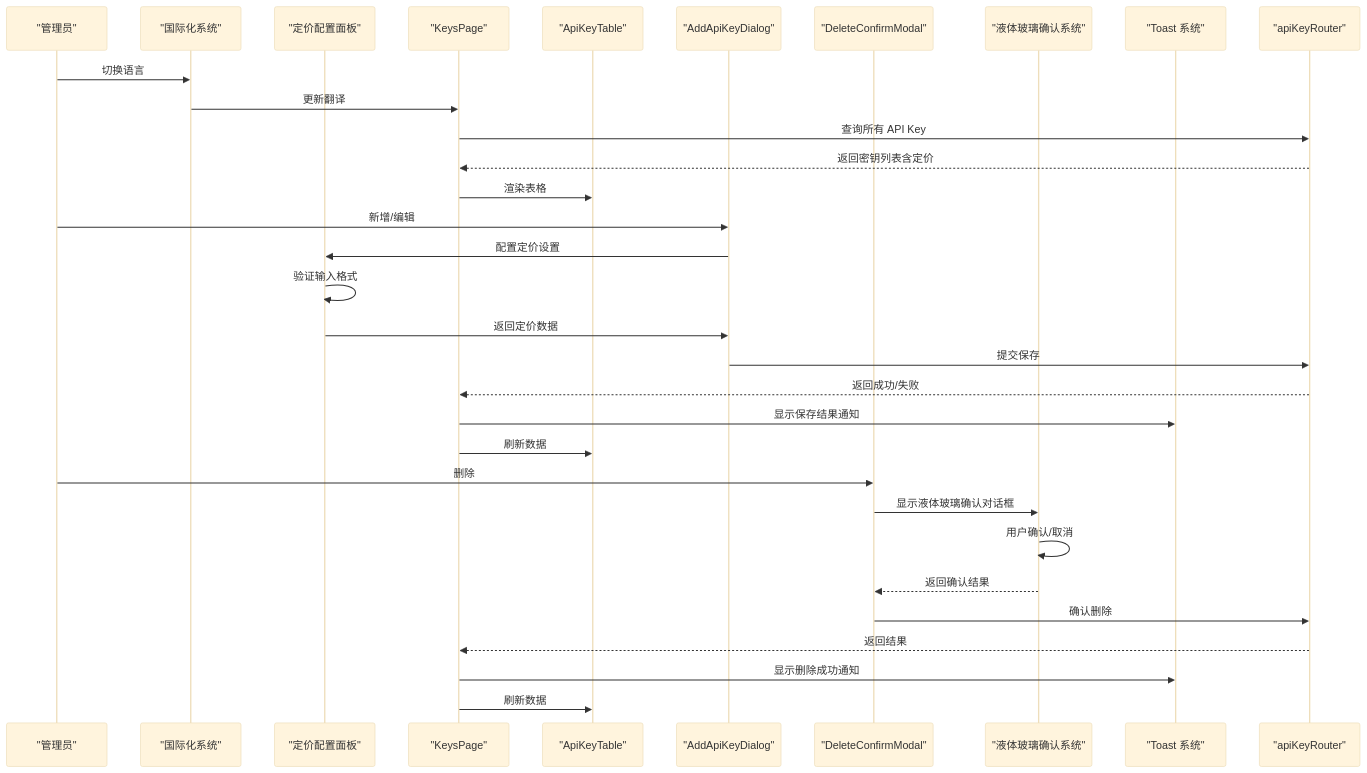
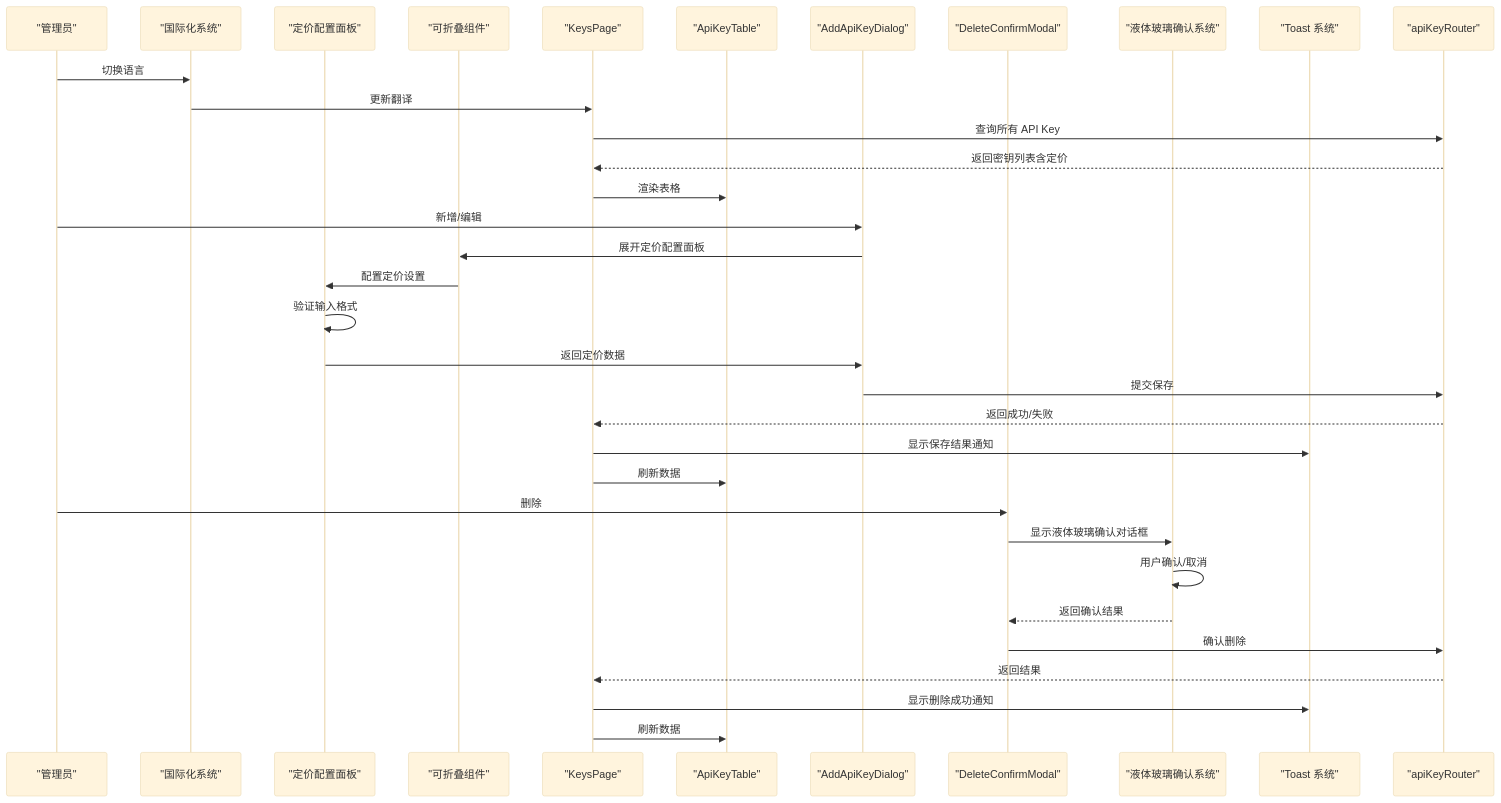
One commit to RadiumAg/AIGate changed the fourth of 10 diagrams in .qoder/repowiki/zh/content/核心功能/API Key 管理.md. Above: the diagram before and after it, drawn with Mermaid (base theme). The commit also changed other lines of this file and 8 other files, not shown here.

````diff
--- a/.qoder/repowiki/zh/content/核心功能/API Key 管理.md
+++ b/.qoder/repowiki/zh/content/核心功能/API Key 管理.md
@@ -246,34 +259,36 @@
 ```mermaid
 sequenceDiagram
 participant Admin as "管理员"
 participant I18n as "国际化系统"
 participant Pricing as "定价配置面板"
+participant Collapsible as "可折叠组件"
 participant Page as "KeysPage"
 participant Table as "ApiKeyTable"
 participant Dialog as "AddApiKeyDialog"
 participant Modal as "DeleteConfirmModal"
 participant Confirm as "液体玻璃确认系统"
 participant Toast as "Toast 系统"
 participant API as "apiKeyRouter"
 Admin->>I18n : 切换语言
 I18n->>Page : 更新翻译
 Page->>API : 查询所有 API Key
 API-->>Page : 返回密钥列表含定价
 Page->>Table : 渲染表格
 Admin->>Dialog : 新增/编辑
-Dialog->>Pricing : 配置定价设置
+Dialog->>Collapsible : 展开定价配置面板
+Collapsible->>Pricing : 配置定价设置
 Pricing->>Pricing : 验证输入格式
 Pricing->>Dialog : 返回定价数据
 Dialog->>API : 提交保存
 API-->>Page : 返回成功/失败
 Page->>Toast : 显示保存结果通知
 Page->>Table : 刷新数据
 Admin->>Modal : 删除
 Modal->>Confirm : 显示液体玻璃确认对话框
 Confirm->>Confirm : 用户确认/取消
 Confirm-->>Modal : 返回确认结果
 Modal->>API : 确认删除
 API-->>Page : 返回结果
 Page->>Toast : 显示删除成功通知
 Page->>Table : 刷新数据
 ```
````
